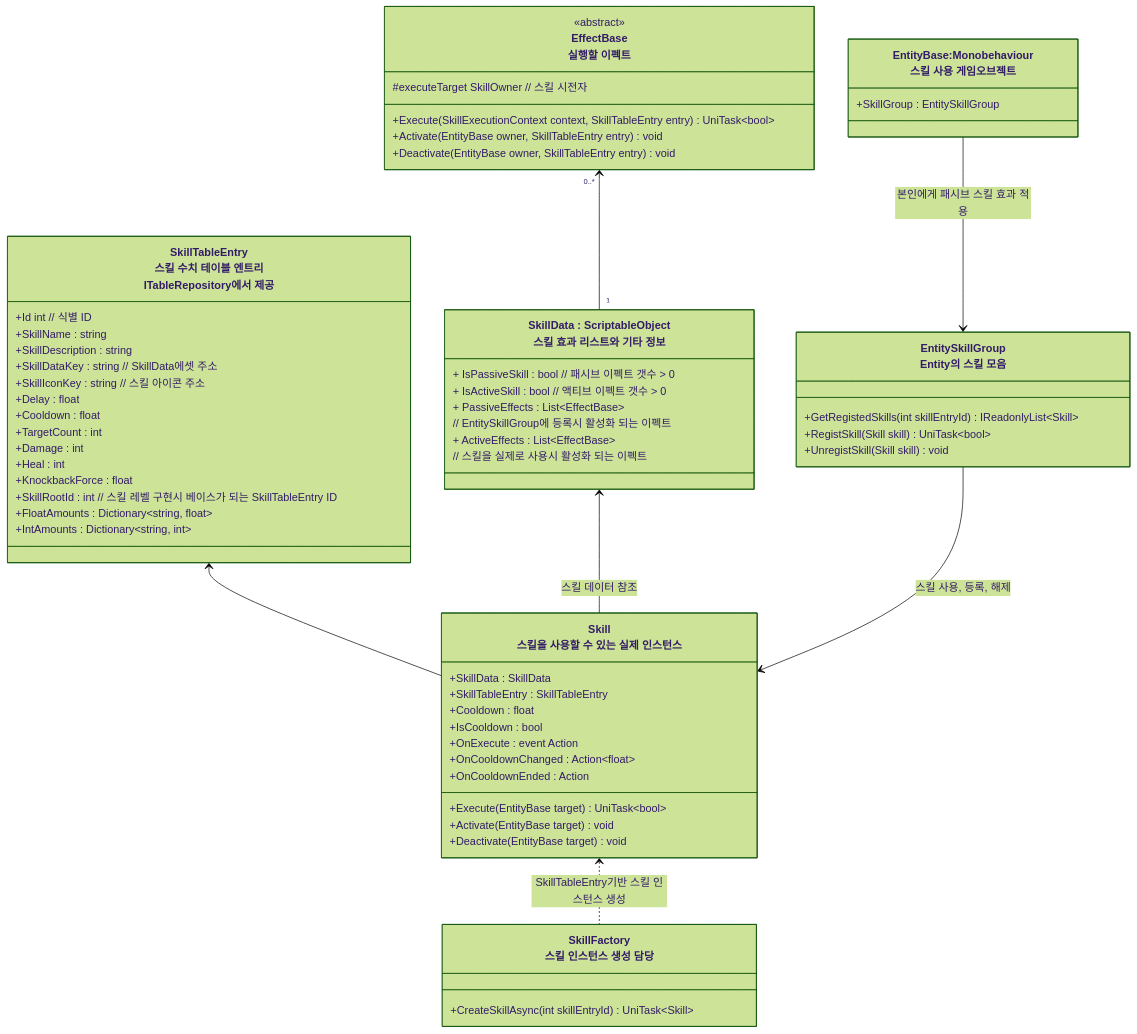
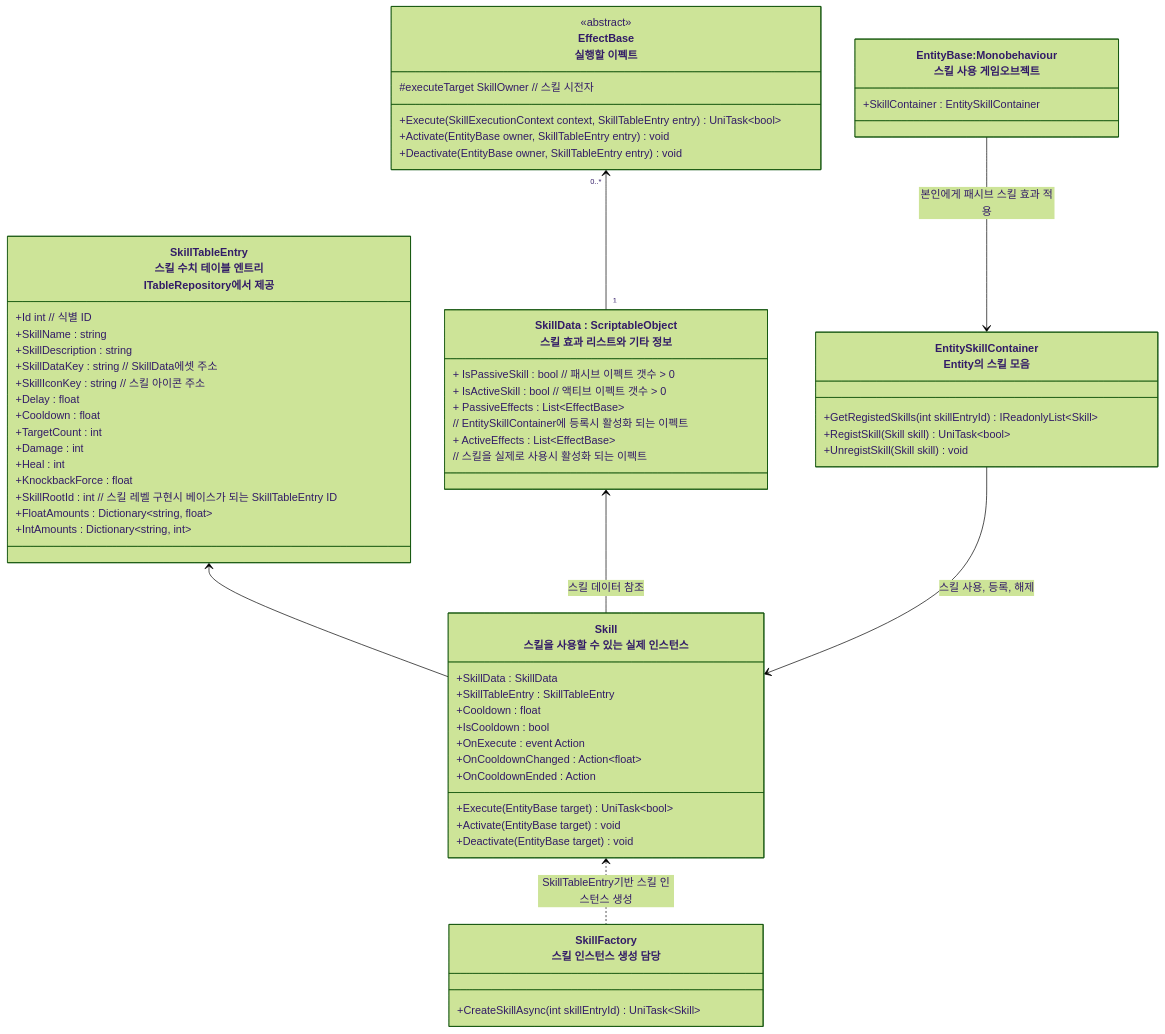
One commit to JIN5EOK/DungeonShooter changed the first of 2 diagrams in README/스킬시스템_설계.md. Above: the diagram before and after it, drawn with Mermaid (forest theme). The commit also changed other lines of this file and 11 other files, not shown here.

````diff
--- a/README/스킬시스템_설계.md
+++ b/README/스킬시스템_설계.md
@@ -14,70 +14,70 @@
 ```mermaid
 classDiagram
     class EffectBase["EffectBase<br>실행할 이펙트"]{
         <<abstract>>
         #executeTarget SkillOwner // 스킬 시전자
         +Execute(SkillExecutionContext context, SkillTableEntry entry) UniTask~bool~
         +Activate(EntityBase owner, SkillTableEntry entry) void
         +Deactivate(EntityBase owner, SkillTableEntry entry) void
     }
     
     class SkillData["SkillData : ScriptableObject<br>스킬 효과 리스트와 기타 정보"]{
 		+ IsPassiveSkill : bool // 패시브 이펙트 갯수 > 0
 		+ IsActiveSkill : bool // 액티브 이펙트 갯수 > 0
         + PassiveEffects : List~EffectBase~ 
-        // EntitySkillGroup에 등록시 활성화 되는 이펙트
+        // EntitySkillContainer에 등록시 활성화 되는 이펙트
         + ActiveEffects : List~EffectBase~ 
         // 스킬을 실제로 사용시 활성화 되는 이펙트
     }
 
     class Skill["Skill<br>스킬을 사용할 수 있는 실제 인스턴스"]{
         +SkillData : SkillData
         +SkillTableEntry : SkillTableEntry
         +Cooldown : float
         +IsCooldown : bool
         +OnExecute : event Action
         +OnCooldownChanged : Action~float~
         +OnCooldownEnded : Action
         +Execute(EntityBase target) UniTask~bool~
         +Activate(EntityBase target) void
         +Deactivate(EntityBase target) void
     }
 
 	class SkillTableEntry["SkillTableEntry<br>스킬 수치 테이블 엔트리<br>ITableRepository에서 제공 "]{
 		+Id int // 식별 ID
 		+SkillName : string
 		+SkillDescription : string
 		+SkillDataKey : string // SkillData에셋 주소
 		+SkillIconKey : string // 스킬 아이콘 주소
 		+Delay : float
 		+Cooldown : float
 		+TargetCount : int
         +Damage : int
         +Heal : int
 		+KnockbackForce : float
         +SkillRootId : int // 스킬 레벨 구현시 베이스가 되는 SkillTableEntry ID
         +FloatAmounts : Dictionary~string, float~
         +IntAmounts : Dictionary~string, int~
 	}
 	
-    class EntitySkillGroup["EntitySkillGroup<br>Entity의 스킬 모음"]{
+    class EntitySkillContainer["EntitySkillContainer<br>Entity의 스킬 모음"]{
         +GetRegistedSkills(int skillEntryId) IReadonlyList~Skill~
         +RegistSkill(Skill skill) UniTask~bool~
         +UnregistSkill(Skill skill) void
     }
     
 	class SkillFactory["SkillFactory<br>스킬 인스턴스 생성 담당"]{
         +CreateSkillAsync(int skillEntryId) UniTask~Skill~
     }
     
     class EntityBase["EntityBase:Monobehaviour<br>스킬 사용 게임오브젝트"]{
-        +SkillGroup : EntitySkillGroup
+        +SkillContainer : EntitySkillContainer
     }
     
     SkillTableEntry <-- Skill
     SkillData <-- Skill : 스킬 데이터 참조
     EffectBase "0..*"<--"1" SkillData
-    EntitySkillGroup --> Skill  : 스킬 사용, 등록, 해제
+    EntitySkillContainer --> Skill  : 스킬 사용, 등록, 해제
     Skill <.. SkillFactory : SkillTableEntry기반 스킬 인스턴스 생성
-    EntityBase --> EntitySkillGroup : 본인에게 패시브 스킬 효과 적용
+    EntityBase --> EntitySkillContainer : 본인에게 패시브 스킬 효과 적용
 ```
````
